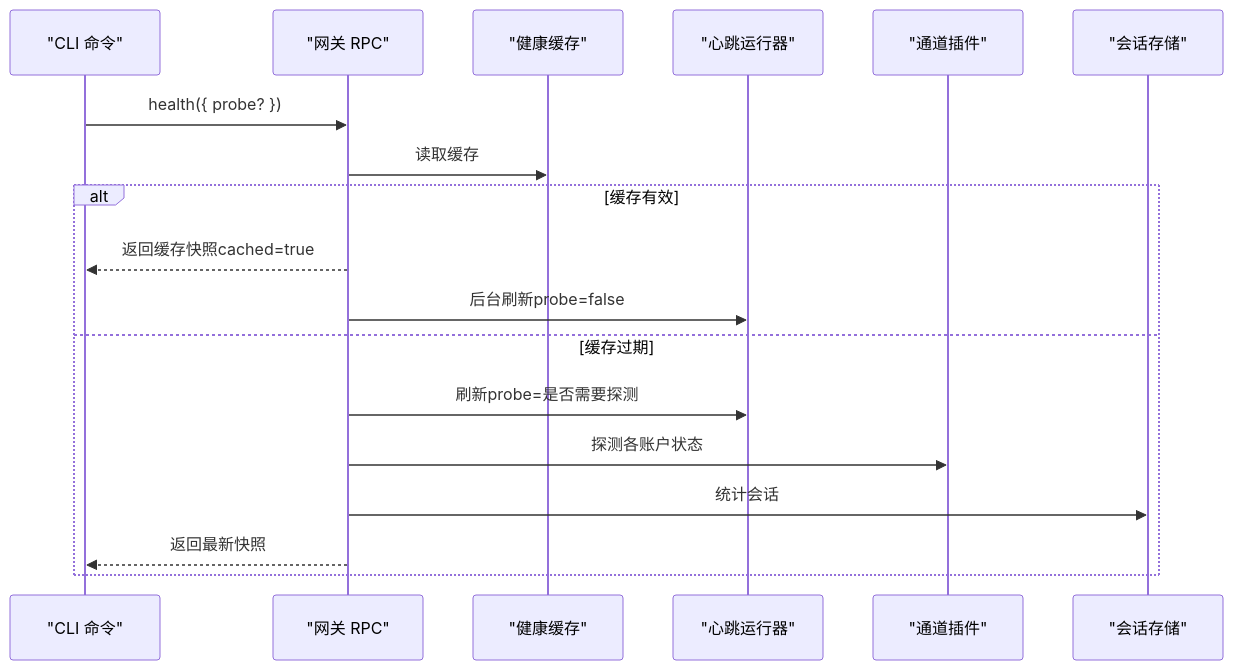
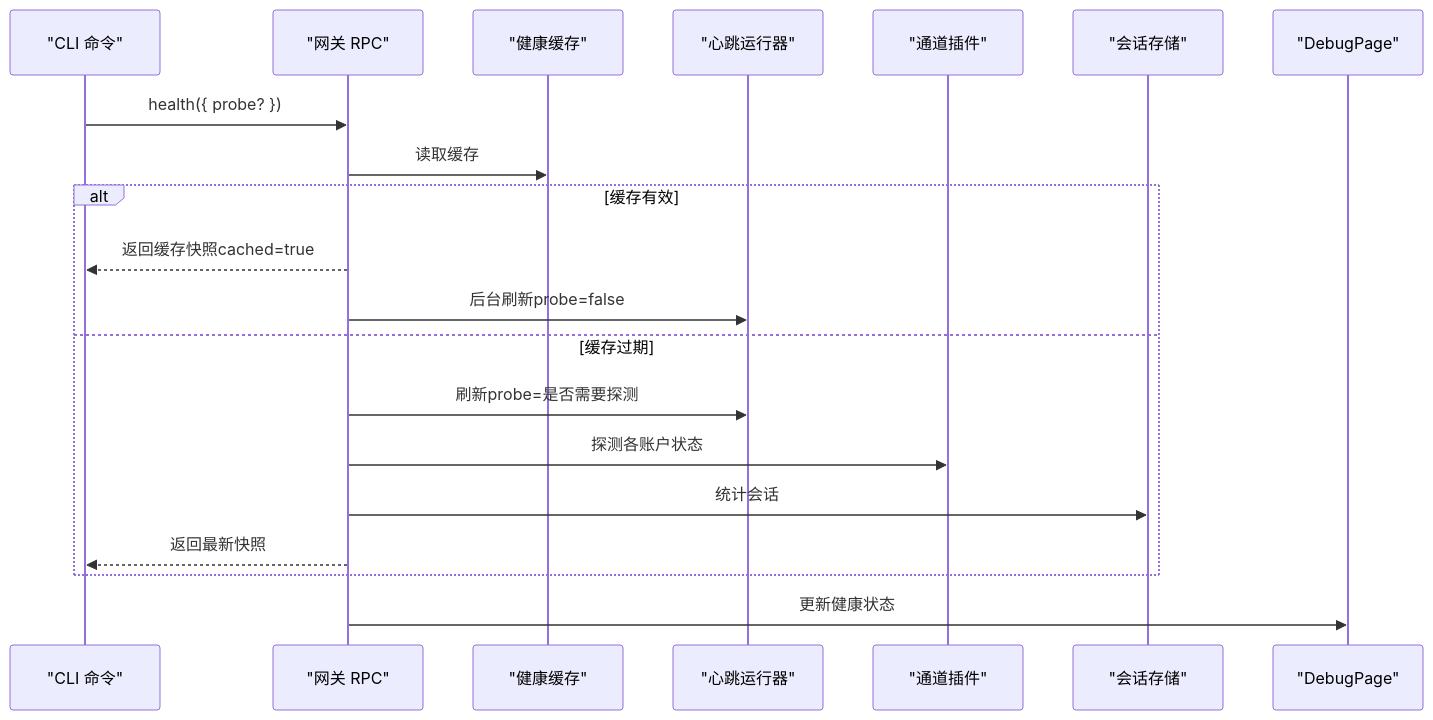
One commit to verse-ai-org/openclaw changed the third of 6 diagrams in .qoder/repowiki/zh/content/网关服务器/监控与诊断.md. Above: the diagram before and after it, drawn with Mermaid. The commit also changed other lines of this file and 46 other files, not shown here.

````diff
--- a/.qoder/repowiki/zh/content/网关服务器/监控与诊断.md
+++ b/.qoder/repowiki/zh/content/网关服务器/监控与诊断.md
@@ -183,20 +266,22 @@
 ```mermaid
 sequenceDiagram
 participant CLI as "CLI 命令"
 participant GW as "网关 RPC"
 participant Cache as "健康缓存"
 participant Runner as "心跳运行器"
 participant Plugins as "通道插件"
 participant Store as "会话存储"
+participant DebugPage as "DebugPage"
 CLI->>GW : health({ probe? })
 GW->>Cache : 读取缓存
 alt 缓存有效
 GW-->>CLI : 返回缓存快照cached=true
 GW->>Runner : 后台刷新probe=false
 else 缓存过期
 GW->>Runner : 刷新probe=是否需要探测
 GW->>Plugins : 探测各账户状态
 GW->>Store : 统计会话
 GW-->>CLI : 返回最新快照
 end
+GW->>DebugPage : 更新健康状态
 ```
````
